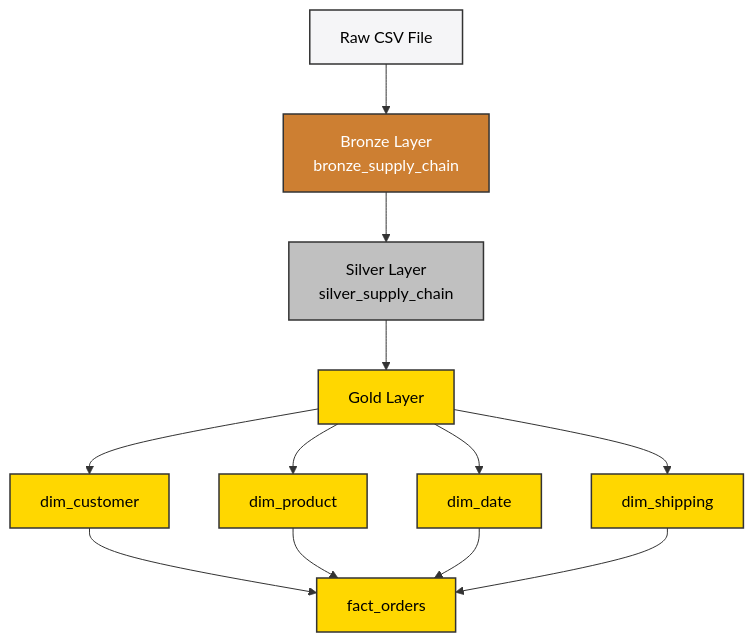
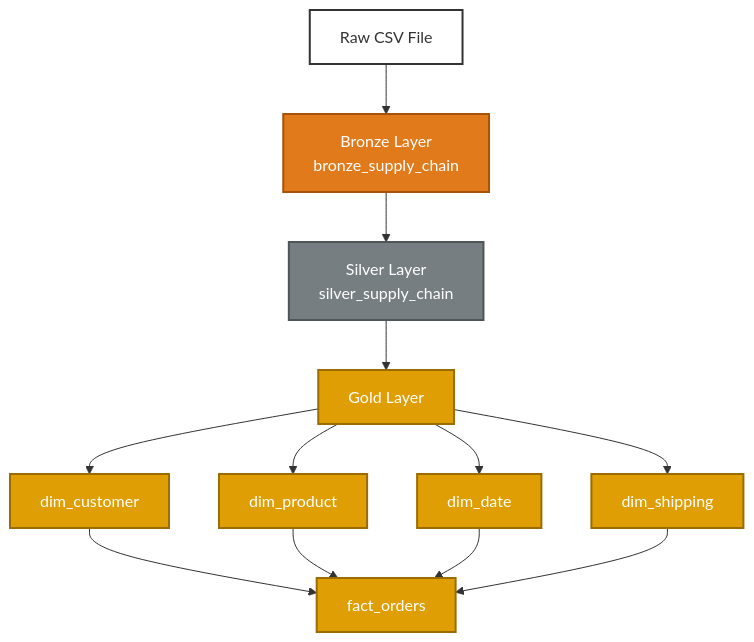
Before and after one commit to nishasorallikar/supply-chain-control-tower-databricks: the first of 2 diagrams in README.md, drawn with Mermaid.

Commit message:
docs: adjust Mermaid architecture diagram colors to match main theme

````diff
--- a/README.md
+++ b/README.md
@@ -258,21 +258,21 @@
 ```mermaid
 graph TD
-    classDef source fill:#F5F5F7,stroke:#333,stroke-width:1.5px,color:#000;
-    classDef bronze fill:#CD7F32,stroke:#333,stroke-width:1.5px,color:#fff;
-    classDef silver fill:#C0C0C0,stroke:#333,stroke-width:1.5px,color:#000;
-    classDef gold fill:#FFD700,stroke:#333,stroke-width:1.5px,color:#000;
+    classDef source fill:#ffffff,stroke:#333333,stroke-width:2px,color:#333333;
+    classDef bronze fill:#e07a1b,stroke:#a6530b,stroke-width:2px,color:#ffffff;
+    classDef silver fill:#777e82,stroke:#4f5558,stroke-width:2px,color:#ffffff;
+    classDef gold fill:#df9e04,stroke:#9b6c02,stroke-width:2px,color:#ffffff;
 
     CSV[Raw CSV File]:::source --> B[Bronze Layer <br> bronze_supply_chain]:::bronze
     B --> S[Silver Layer <br> silver_supply_chain]:::silver
     S --> G[Gold Layer]:::gold
     
     G --> D1[dim_customer]:::gold
     G --> D2[dim_product]:::gold
     G --> D3[dim_date]:::gold
     G --> D4[dim_shipping]:::gold
     
     D1 --> F[fact_orders]:::gold
     D2 --> F
     D3 --> F
     D4 --> F
 ```
````
